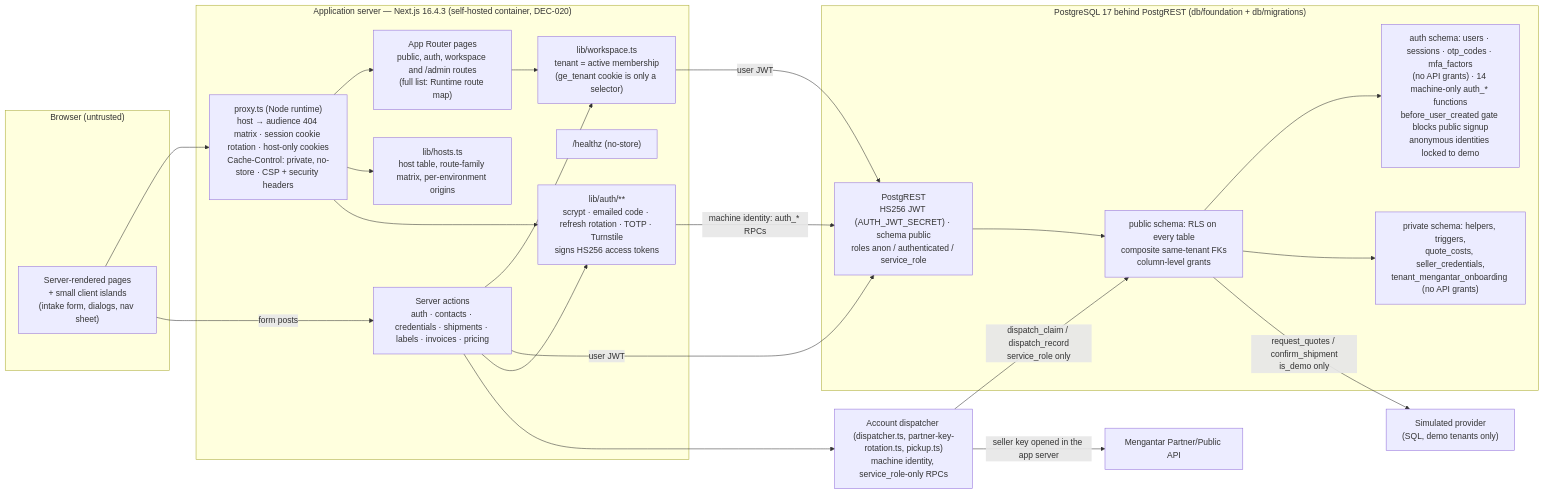
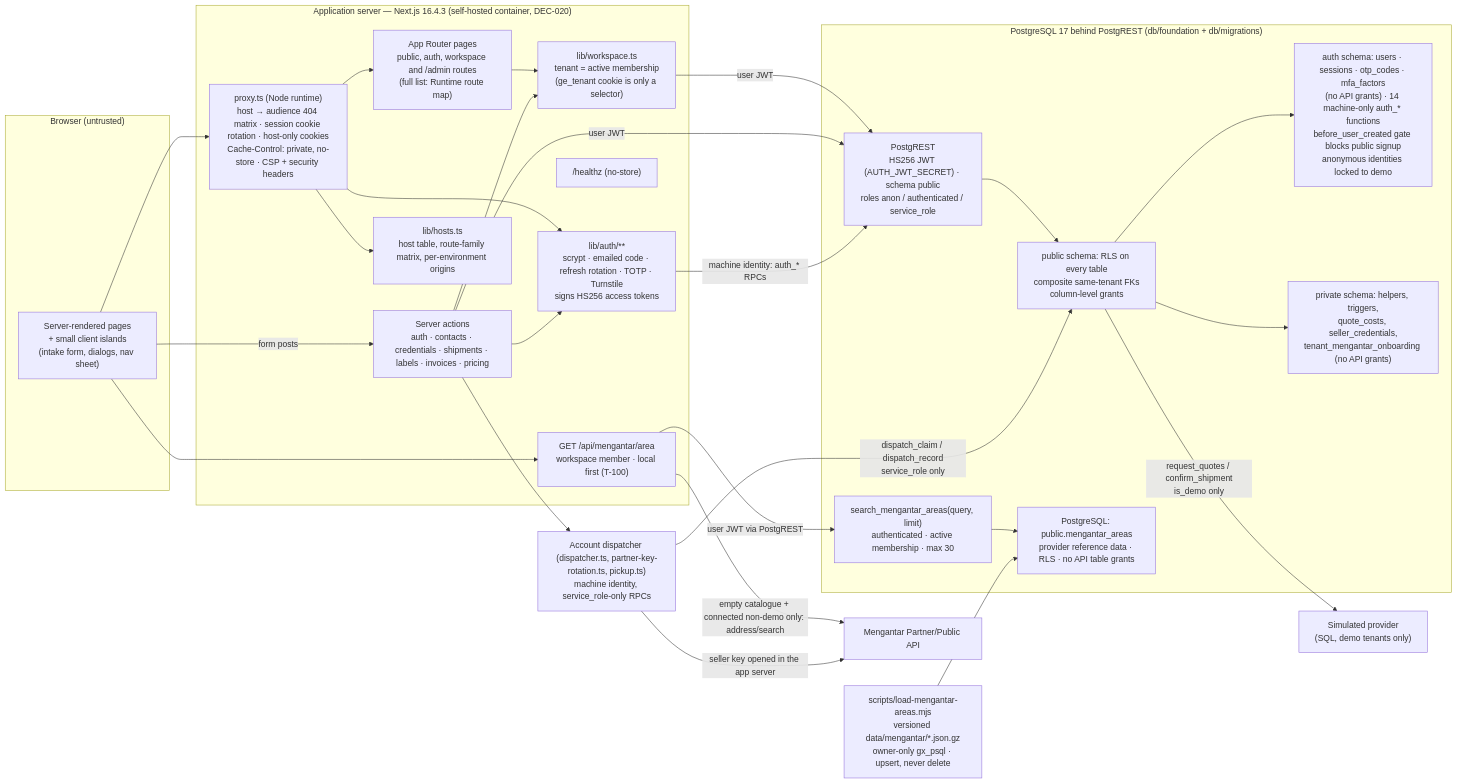
The second of 5 diagrams in ARCHITECTURE.md (ongkipro/geraiexpress), drawn with Mermaid before and after one commit. The commit also changed other lines of this file and 18 other files, not shown here.

Commit message:
Add local Mengantar area catalogue with catalogue-first search

````diff
--- a/ARCHITECTURE.md
+++ b/ARCHITECTURE.md
@@ -246,44 +246,53 @@
 ```mermaid
 flowchart LR
     subgraph Browser["Browser (untrusted)"]
         UI["Server-rendered pages<br/>+ small client islands<br/>(intake form, dialogs, nav sheet)"]
     end
     subgraph Worker["Application server — Next.js 16.4.3 (self-hosted container, DEC-020)"]
         MW["proxy.ts (Node runtime)<br/>host → audience 404 matrix · session cookie rotation · host-only cookies<br/>Cache-Control: private, no-store · CSP + security headers"]
         Pages["App Router pages<br/>public, auth, workspace and /admin routes<br/>(full list: Runtime route map)"]
         Actions["Server actions<br/>auth · contacts · credentials · shipments · labels · invoices · pricing"]
         WS["lib/workspace.ts<br/>tenant = active membership<br/>(ge_tenant cookie is only a selector)"]
+        AreaRoute["GET /api/mengantar/area<br/>workspace member · local first (T-100)"]
         Health["/healthz (no-store)"]
         Hosts["lib/hosts.ts<br/>host table, route-family matrix, per-environment origins"]
         AuthMod["lib/auth/**<br/>scrypt · emailed code · refresh rotation · TOTP · Turnstile<br/>signs HS256 access tokens"]
     end
     subgraph Postgres["PostgreSQL 17 behind PostgREST (db/foundation + db/migrations)"]
         PgRest["PostgREST<br/>HS256 JWT (AUTH_JWT_SECRET) · schema public<br/>roles anon / authenticated / service_role"]
         AuthDb["auth schema: users · sessions · otp_codes · mfa_factors<br/>(no API grants) · 14 machine-only auth_* functions<br/>before_user_created gate blocks public signup<br/>anonymous identities locked to demo"]
         DB["public schema: RLS on every table<br/>composite same-tenant FKs<br/>column-level grants"]
+        AreaRPC["search_mengantar_areas(query, limit)<br/>authenticated · active membership · max 30"]
+        Areas["PostgreSQL: public.mengantar_areas<br/>provider reference data · RLS · no API table grants"]
         Priv["private schema: helpers, triggers,<br/>quote_costs, seller_credentials,<br/>tenant_mengantar_onboarding (no API grants)"]
     end
     Sim["Simulated provider<br/>(SQL, demo tenants only)"]
     Mengantar["Mengantar Partner/Public API"]
     Dispatcher["Account dispatcher (dispatcher.ts, partner-key-rotation.ts, pickup.ts)<br/>machine identity, service_role-only RPCs"]
 
+    AreaLoader["scripts/load-mengantar-areas.mjs<br/>versioned data/mengantar/*.json.gz<br/>owner-only gx_psql · upsert, never delete"]
+
     UI --> MW --> Pages
+    UI --> AreaRoute
+    AreaRoute -->|user JWT via PostgREST| AreaRPC --> Areas
+    AreaRoute -->|empty catalogue + connected non-demo only: address/search| Mengantar
+    AreaLoader --> Areas
     MW --> Hosts
     UI -->|form posts| Actions
     Pages --> WS
     Actions --> WS
     WS -->|user JWT| PgRest
     Actions -->|user JWT| PgRest
     MW --> AuthMod
     Actions --> AuthMod
     AuthMod -->|"machine identity: auth_* RPCs"| PgRest
     PgRest --> DB
     DB --> AuthDb
     DB --> Priv
     DB -->|request_quotes / confirm_shipment<br/>is_demo only| Sim
     Dispatcher -->|"dispatch_claim / dispatch_record<br/>service_role only"| DB
     Dispatcher -->|seller key opened in the app server| Mengantar
     Actions --> Dispatcher
 
     classDef target stroke-dasharray: 5 5,color:#7a7a7a
 ```
````
